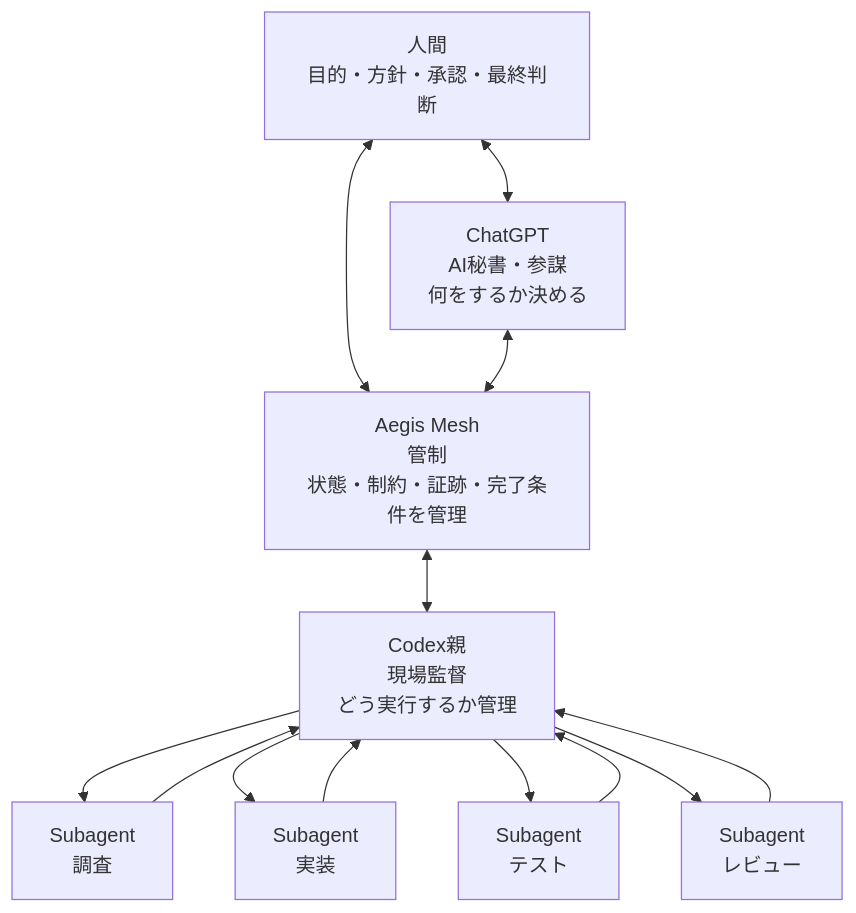
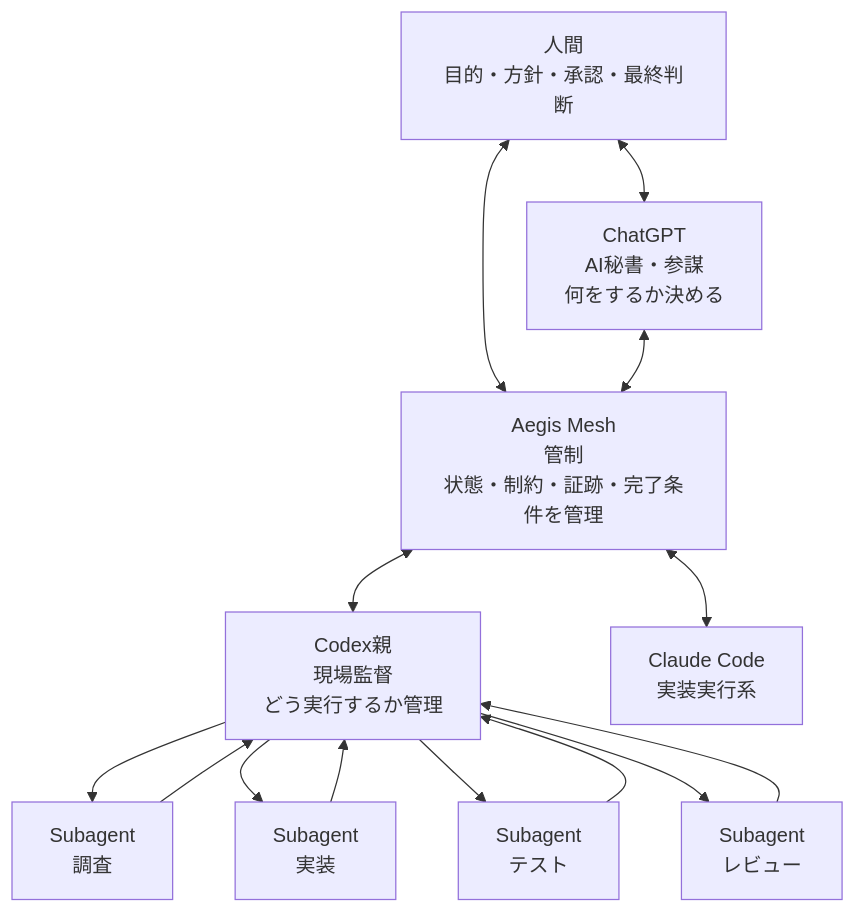
The first of 8 diagrams in docs/正本/【Aegis Mesh】企画概要書.md (xxxinakenxxx-hash/Aegis-Mesh), drawn with Mermaid before and after one commit. The commit also changed other lines of this file, not shown here.

Commit message:
Reflect confirmed Aegis Mesh architecture decisions

````diff
--- a/docs/正本/【Aegis Mesh】企画概要書.md
+++ b/docs/正本/【Aegis Mesh】企画概要書.md
@@ -87,29 +87,31 @@
 ```mermaid
 flowchart TB
     H[人間<br>目的・方針・承認・最終判断]
 
     C[ChatGPT<br>AI秘書・参謀<br>何をするか決める]
 
     A[Aegis Mesh<br>管制<br>状態・制約・証跡・完了条件を管理]
 
     P[Codex親<br>現場監督<br>どう実行するか管理]
+    CC[Claude Code<br>実装実行系]
 
     S1[Subagent<br>調査]
     S2[Subagent<br>実装]
     S3[Subagent<br>テスト]
     S4[Subagent<br>レビュー]
 
     H <--> C
     H <--> A
     C <--> A
     A <--> P
+    A <--> CC
     P --> S1
     P --> S2
     P --> S3
     P --> S4
 
     S1 --> P
     S2 --> P
     S3 --> P
     S4 --> P
 ```
````
